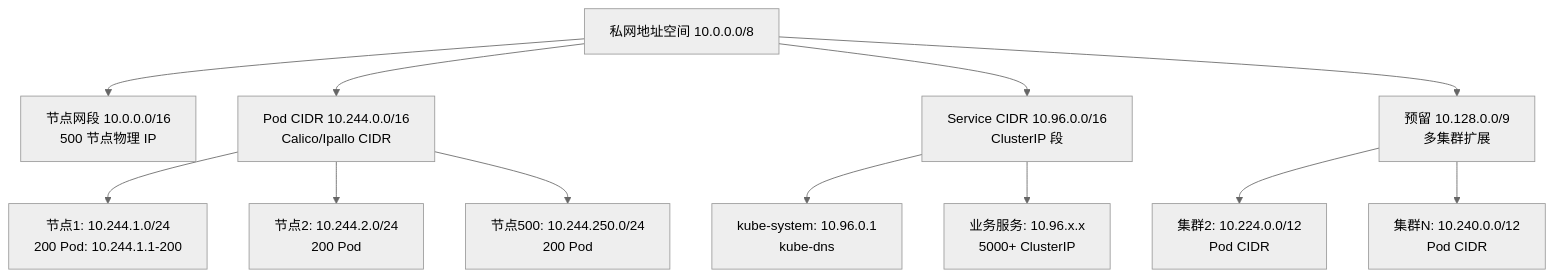
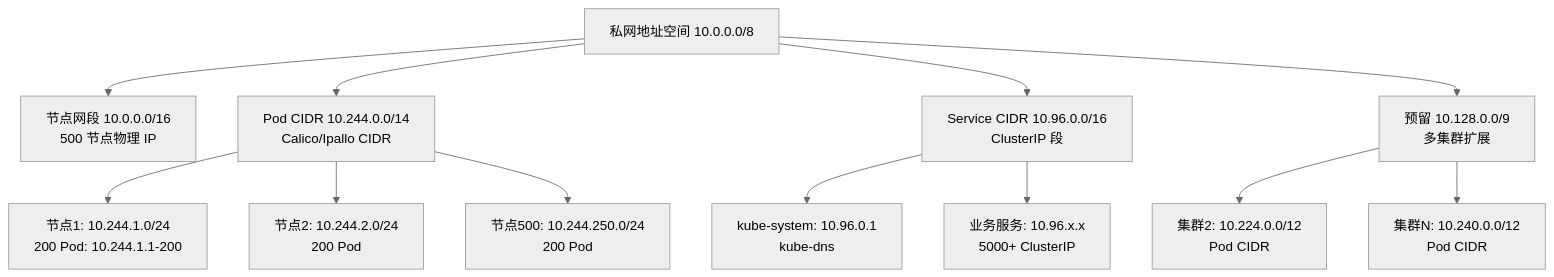
One commit to yintp/glory changed the second of 2 diagrams in ops/network/03-network/ip.md. Above: the diagram before and after it, drawn with Mermaid (neutral theme). The commit also changed other lines of this file, not shown here.

First line of the commit message:
docs(network): 修复 IP 协议 CIDR 数学错误

````diff
--- a/ops/network/03-network/ip.md
+++ b/ops/network/03-network/ip.md
@@ -620,17 +620,17 @@
 ```mermaid
 flowchart TD
     A[私网地址空间 10.0.0.0/8] --> B[节点网段 10.0.0.0/16<br/>500 节点物理 IP]
-    A --> C[Pod CIDR 10.244.0.0/16<br/>Calico/Ipallo CIDR]
+    A --> C[Pod CIDR 10.244.0.0/14<br/>Calico/Ipallo CIDR]
     A --> D[Service CIDR 10.96.0.0/16<br/>ClusterIP 段]
     A --> E[预留 10.128.0.0/9<br/>多集群扩展]
 
     C --> C1[节点1: 10.244.1.0/24<br/>200 Pod: 10.244.1.1-200]
     C --> C2[节点2: 10.244.2.0/24<br/>200 Pod]
     C --> C3[节点500: 10.244.250.0/24<br/>200 Pod]
 
     D --> D1[kube-system: 10.96.0.1<br/>kube-dns]
     D --> D2[业务服务: 10.96.x.x<br/>5000+ ClusterIP]
 
     E --> E1[集群2: 10.224.0.0/12<br/>Pod CIDR]
     E --> E2[集群N: 10.240.0.0/12<br/>Pod CIDR]
 ```
````
